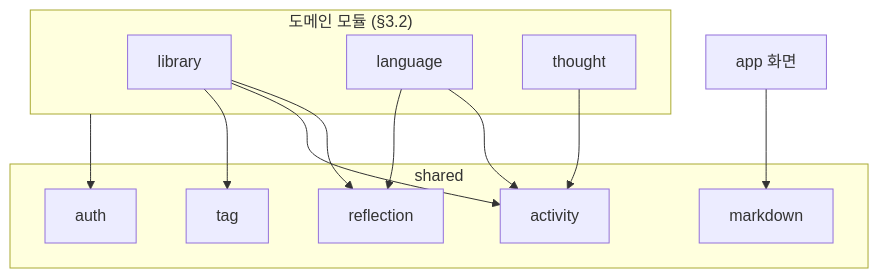
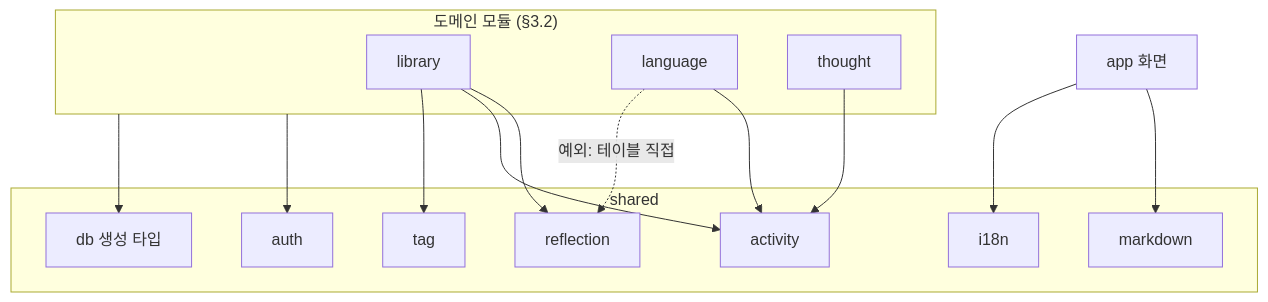
The first of 5 diagrams in docs/15-dcd.md (LeeSongHeon-LSH/LSHobby), drawn with Mermaid before and after one commit. The commit also changed other lines of this file and 18 other files, not shown here.

````diff
--- a/docs/15-dcd.md
+++ b/docs/15-dcd.md
@@ -12,20 +13,23 @@
 ```mermaid
 flowchart TD
     subgraph domain["도메인 모듈 (§3.2)"]
         LIB[library]
         LANG[language]
         THO[thought]
     end
     subgraph shared["shared"]
         REF[reflection]
         ACT[activity]
         TAG[tag]
         MD[markdown]
         AUTH[auth]
+        DB[db 생성 타입]
+        I18N[i18n]
     end
     LIB --> REF & ACT & TAG
-    LANG --> ACT & REF
+    LANG --> ACT
+    LANG -.->|예외: 테이블 직접| REF
     THO --> ACT
-    domain --> AUTH
-    APP[app 화면] --> MD
+    domain --> AUTH & DB
+    APP[app 화면] --> MD & I18N
 ```
````
